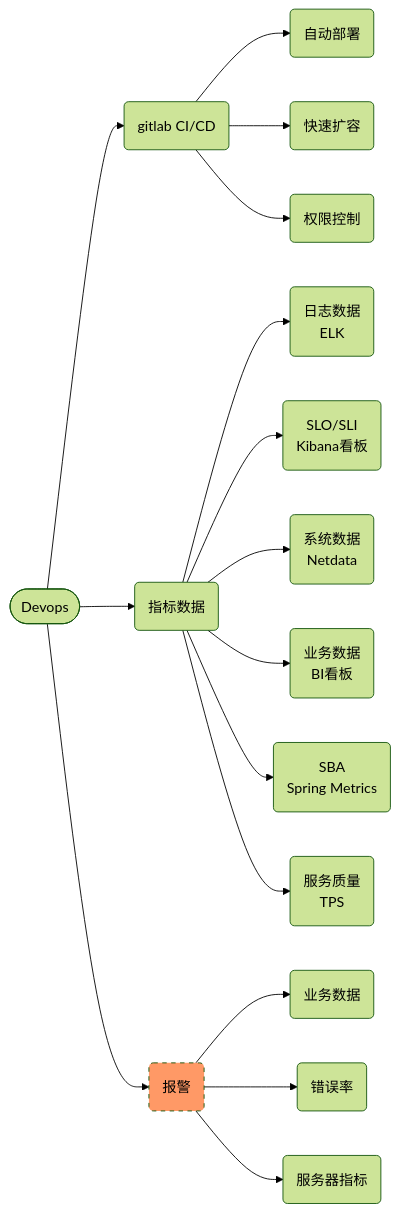
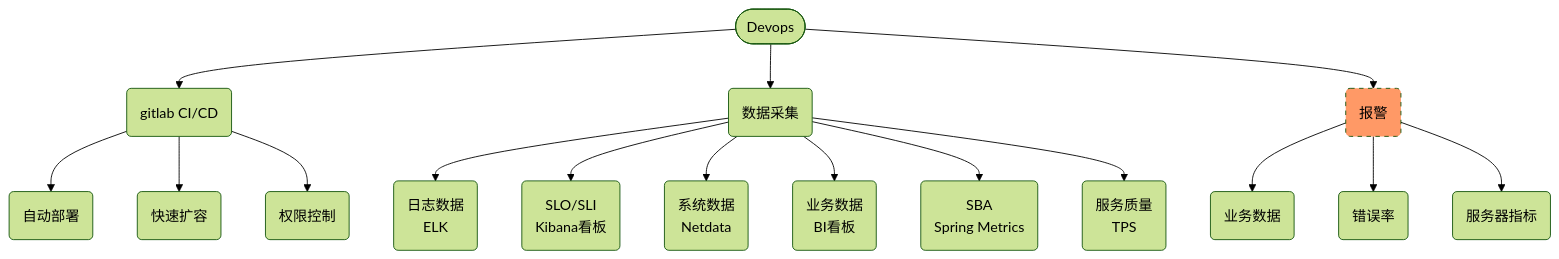
Before and after one commit to dengqinghua/dengqinghua.github.io: the second of 7 diagrams in _posts/2021-07-26-3-month-sharing.md, drawn with Mermaid (forest theme). The commit also changed other lines of this file and 37 other files, not shown here.

```diff
--- a/_posts/2021-07-26-3-month-sharing.md
+++ b/_posts/2021-07-26-3-month-sharing.md
@@ -97,33 +48,33 @@
 <div class="mermaid" markdown="0">
-graph LR;
+graph TB;
     op([Devops]);
     op1(gitlab CI/CD)
     op11(自动部署)
     op12(快速扩容)
     op13(权限控制)
-    op2(指标数据)
+    op2(数据采集)
     op20(日志数据 <br > ELK)
     op21(SLO/SLI <br > Kibana看板)
     op22(系统数据 <br > Netdata)
     op23(业务数据 <br > BI看板)
     op24(SBA <br > Spring Metrics)
     op25(服务质量 <br > TPS)
     op3(报警)
     op31(业务数据)
     op32(错误率)
     op33(服务器指标)
     op-->op1 & op2 & op3;
     op1-->op11 & op12 & op13;
     op2-->op20 & op21 & op22 & op23 & op24 & op25;
     op3-->op31 & op32 & op33;
     click op11 "https://gitlab.easeprime.com/ease/backend_service/-/blob/dev/.gitlab-ci.yml#L17" _blank
     click op12 "https://gitlab.easeprime.com/ease/nginx-prod-conf/-/blob/master/sites-enabled-erb/java" _blank
     click op13 "https://gitlab.easeprime.com/ease/backend_service/-/settings/ci_cd" _blank
     click op1 "https://docs.gitlab.com/ee/ci/introduction/img/gitlab_workflow_example_11_9.png" _blank
     click op20 "https://es-ras1ax3s.kibana.tencentelasticsearch.com:5601/app/discover#/?_g=(filters:!(),query:(language:kuery,query:''),refreshInterval:(pause:!f,value:900000),time:(from:now-24h,to:now))&_a=(columns:!(message,container.name),filters:!(),index:'16ad3800-cf56-11eb-83c7-d711353ac049',interval:auto,query:(language:kuery,query:''),sort:!())" _blank
     click op21 "http://bi.easeprime.com/question/9?type=STORY&percent=0.99&day=30&playCount=10&dayCreatedAt=30" _blank
     click op22 "http://metrics.easeprime.com" _blank
     click op23 "http://bi.easeprime.com/question/9?type=STORY&percent=0.99&day=30&playCount=10&dayCreatedAt=30" _blank
     click op24 "http://sba.easeprime.com" _blank
     style op3 fill:#f96f,stroke-dasharray: 5 5
 </div>
```
